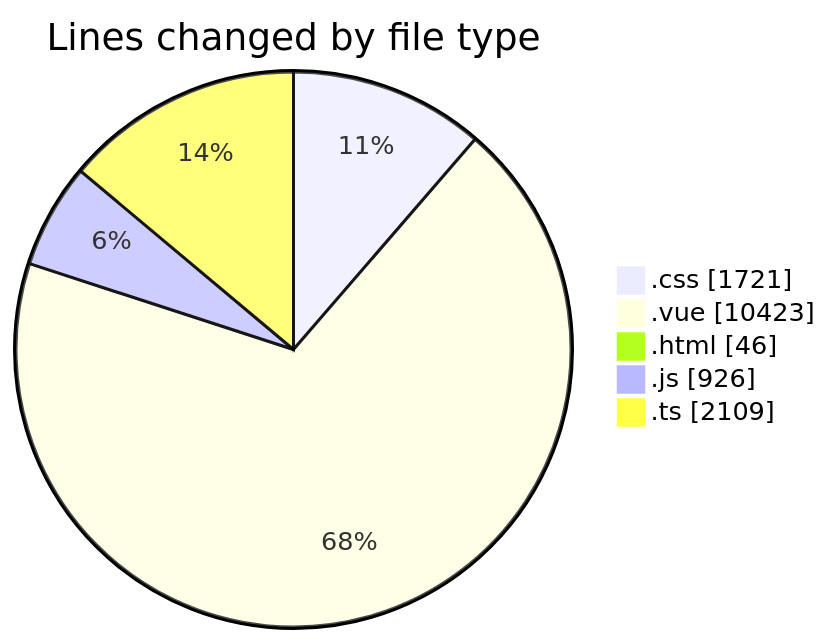
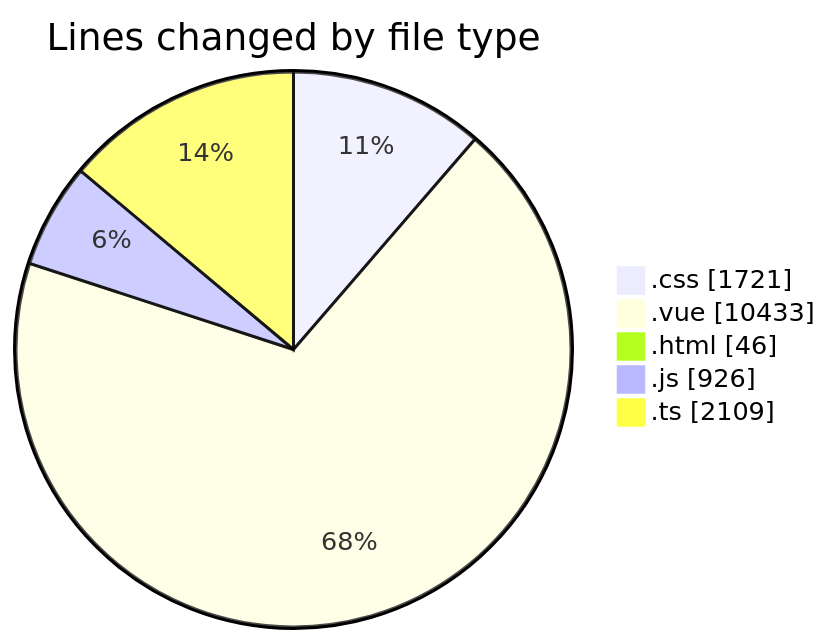
Before and after one commit to lephambinh05/code-tracking: the first of 2 diagrams in 2025-08-18/rentotp/README.md, drawn with Mermaid. The commit also changed other lines of this file and 1 other file, not shown here.

````diff
--- a/2025-08-18/rentotp/README.md
+++ b/2025-08-18/rentotp/README.md
@@ -59,9 +59,9 @@
 ```mermaid
 pie showData
 title Lines changed by file type
 ".css" : 1721
-".vue" : 10423
+".vue" : 10433
 ".html" : 46
 ".js" : 926
 ".ts" : 2109
 ```
````
